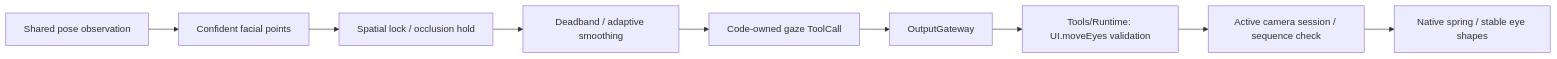
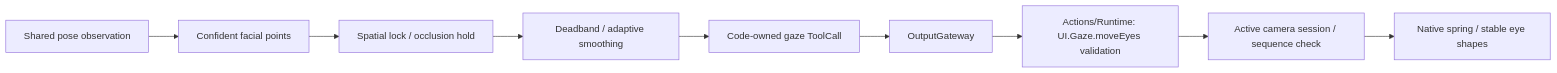
Before and after one commit to devilyouwei/MobileHarness: the seventh of 7 diagrams in MobileHarness/Agents/VisionPerception/README.md, drawn with Mermaid. The commit also changed other lines of this file and 238 other files, not shown here.

````diff
--- a/MobileHarness/Agents/VisionPerception/README.md
+++ b/MobileHarness/Agents/VisionPerception/README.md
@@ -282,11 +282,11 @@
 ```mermaid
 flowchart LR
     Pose[Shared pose observation] --> Face[Confident facial points]
     Face --> Lock[Spatial lock / occlusion hold]
     Lock --> Filter[Deadband / adaptive smoothing]
     Filter --> Resolve[Code-owned gaze ToolCall]
     Resolve --> Gateway[OutputGateway]
-    Gateway --> Tool[Tools/Runtime: UI.moveEyes validation]
+    Gateway --> Tool[Actions/Runtime: UI.Gaze.moveEyes validation]
     Tool --> Scene[Active camera session / sequence check]
     Scene --> Eyes[Native spring / stable eye shapes]
 ```
````
